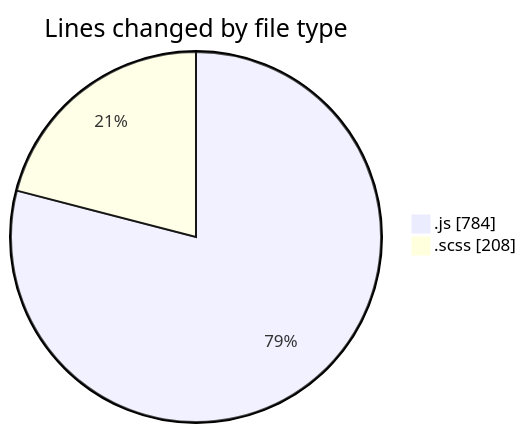
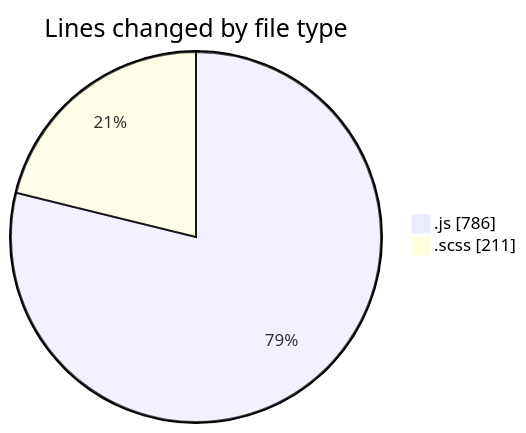
Before and after one commit to momahboobian/code-tracking: the first of 2 diagrams in 2026-01-05/cda/README.md, drawn with Mermaid. The commit also changed other lines of this file and 1 other file, not shown here.

````diff
--- a/2026-01-05/cda/README.md
+++ b/2026-01-05/cda/README.md
@@ -25,6 +25,6 @@
 ```mermaid
 pie showData
 title Lines changed by file type
-".js" : 784
-".scss" : 208
+".js" : 786
+".scss" : 211
 ```
````
